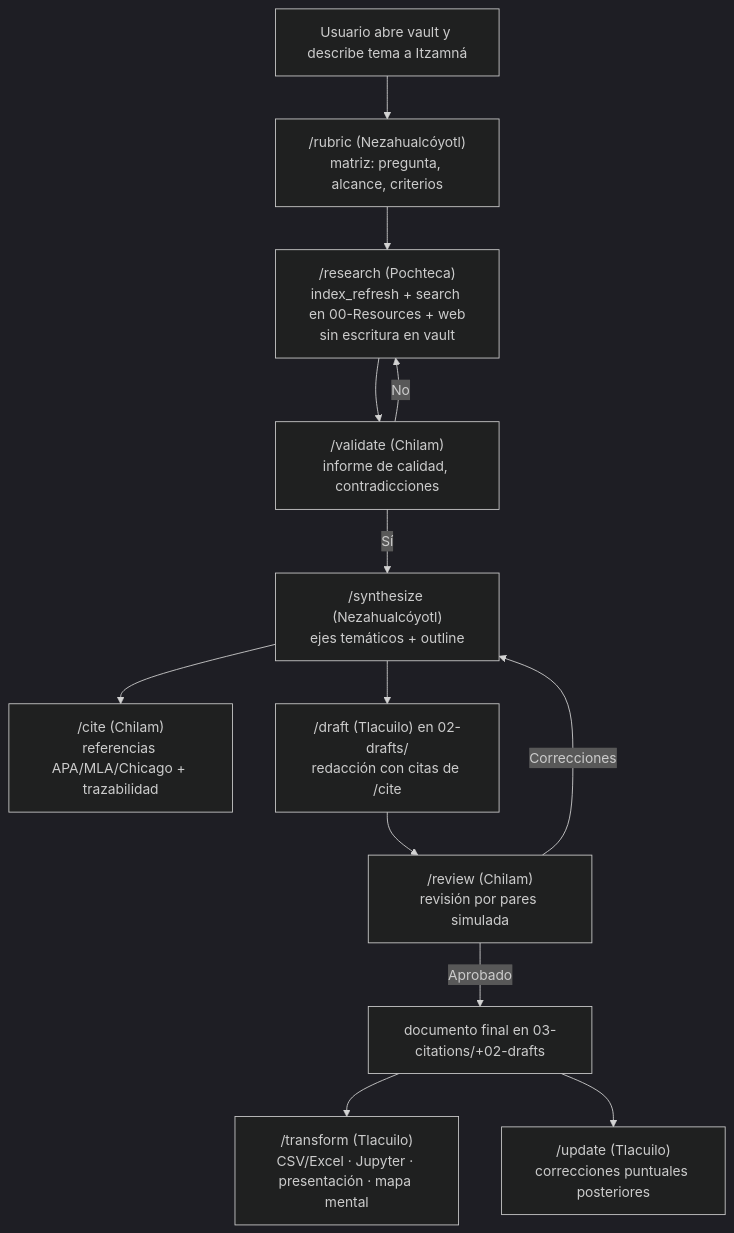
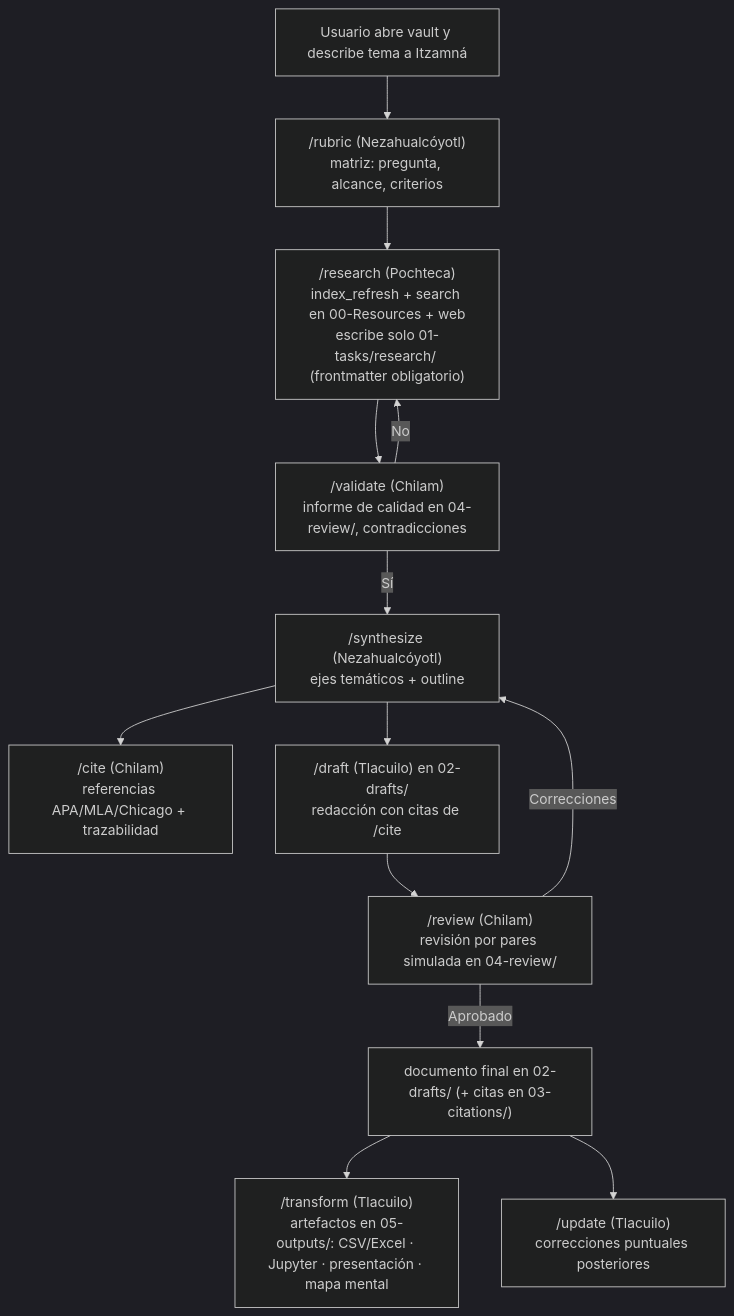
Before and after one commit to Fisherk2/tepochcalli-opencode: the first of 2 diagrams in docs/APPFLOW.md, drawn with Mermaid (dark theme). The commit also changed other lines of this file, not shown here.

Commit message:
docs: Actualiza mapa de navegación y journey con bandejas 0x

````diff
--- a/docs/APPFLOW.md
+++ b/docs/APPFLOW.md
@@ -18,15 +18,15 @@
 ```mermaid
 flowchart TD
     A["Usuario abre vault y describe tema a Itzamná"] --> B["/rubric (Nezahualcóyotl)<br/>matriz: pregunta, alcance, criterios"]
-    B --> C["/research (Pochteca)<br/>index_refresh + search en 00-Resources + web<br/>sin escritura en vault"]
-    C --> D["/validate (Chilam)<br/>informe de calidad, contradicciones"]
+    B --> C["/research (Pochteca)<br/>index_refresh + search en 00-Resources + web<br/>escribe solo 01-tasks/research/ (frontmatter obligatorio)"]
+    C --> D["/validate (Chilam)<br/>informe de calidad en 04-review/, contradicciones"]
     D -->|No| C
     D -->|Sí| E["/synthesize (Nezahualcóyotl)<br/>ejes temáticos + outline"]
     E --> F["/cite (Chilam)<br/>referencias APA/MLA/Chicago + trazabilidad"]
     E --> G["/draft (Tlacuilo) en 02-drafts/<br/>redacción con citas de /cite"]
-    G --> H["/review (Chilam)<br/>revisión por pares simulada"]
+    G --> H["/review (Chilam)<br/>revisión por pares simulada en 04-review/"]
     H -->|Correcciones| E
-    H -->|Aprobado| I["documento final en 03-citations/+02-drafts"]
-    I --> J["/transform (Tlacuilo)<br/>CSV/Excel · Jupyter · presentación · mapa mental"]
+    H -->|Aprobado| I["documento final en 02-drafts/ (+ citas en 03-citations/)"]
+    I --> J["/transform (Tlacuilo)<br/>artefactos en 05-outputs/: CSV/Excel · Jupyter · presentación · mapa mental"]
     I --> K["/update (Tlacuilo)<br/>correcciones puntuales posteriores"]
 ```
````
